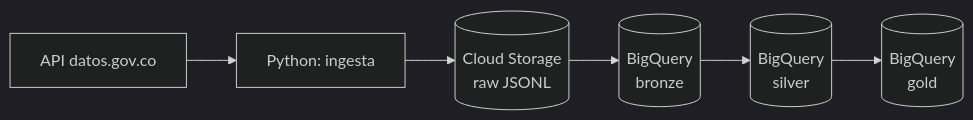
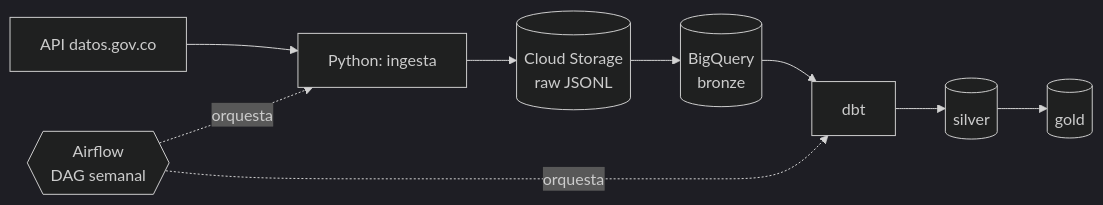
The diagram in README.md (stivenjc/observatorio-accidentalidad), drawn with Mermaid (dark theme) before and after one commit. The commit also changed other lines of this file, not shown here.

Commit message:
docs: update README with Airflow, Terraform and CI

````diff
--- a/README.md
+++ b/README.md
@@ -16,8 +16,11 @@
 ```mermaid
 flowchart LR
   A[API datos.gov.co] --> B[Python: ingesta]
   B --> C[(Cloud Storage<br/>raw JSONL)]
   C --> D[(BigQuery<br/>bronze)]
-  D --> E[(BigQuery<br/>silver)]
-  E --> F[(BigQuery<br/>gold)]
+  D --> E[dbt]
+  E --> F[(silver)]
+  F --> G[(gold)]
+  AF{{Airflow<br/>DAG semanal}} -.orquesta.-> B
+  AF -.orquesta.-> E
 ```
````
